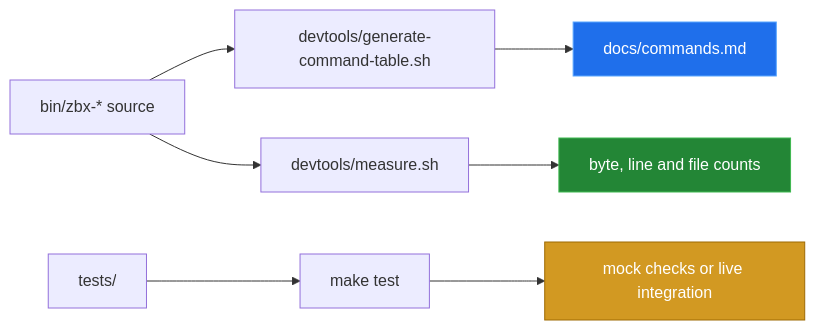
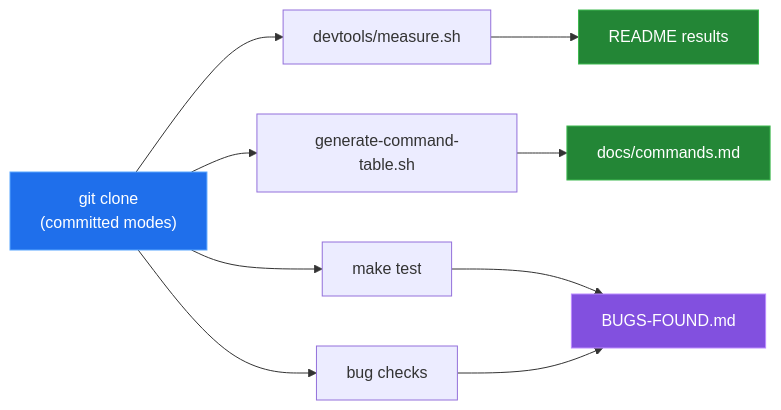
One commit to Bissbert/zbx-cli changed the diagram in docs/measurement.md. Above: the diagram before and after it, drawn with Mermaid. The commit also changed other lines of this file and 7 other files, not shown here.

First line of the commit message:
docs: reconcile with fixed bugs and re-run checks on Linux

````diff
--- a/docs/measurement.md
+++ b/docs/measurement.md
@@ -9,13 +19,16 @@
 ```mermaid
 flowchart LR
-    A["bin/zbx-* source"] --> B["devtools/generate-command-table.sh"]
-    B --> C["docs/commands.md"]
-    A --> D["devtools/measure.sh"]
-    D --> E["byte, line and file counts"]
-    F["tests/"] --> G["make test"]
-    G --> H["mock checks or live integration"]
+    A["git clone<br/>(committed modes)"] --> B["devtools/measure.sh"]
+    A --> C["generate-command-table.sh"]
+    A --> D["make test"]
+    A --> E["bug checks"]
+    B --> F["README results"]
+    C --> G["docs/commands.md"]
+    D --> H["BUGS-FOUND.md"]
+    E --> H
 
-    style C fill:#1f6feb,stroke:#58a6ff,color:#fff
-    style E fill:#238636,stroke:#3fb950,color:#fff
-    style H fill:#d29922,stroke:#9e6a03,color:#fff
+    style A fill:#1f6feb,stroke:#58a6ff,color:#fff
+    style F fill:#238636,stroke:#3fb950,color:#fff
+    style G fill:#238636,stroke:#3fb950,color:#fff
+    style H fill:#8250df,stroke:#bc8cff,color:#fff
 ```
````
